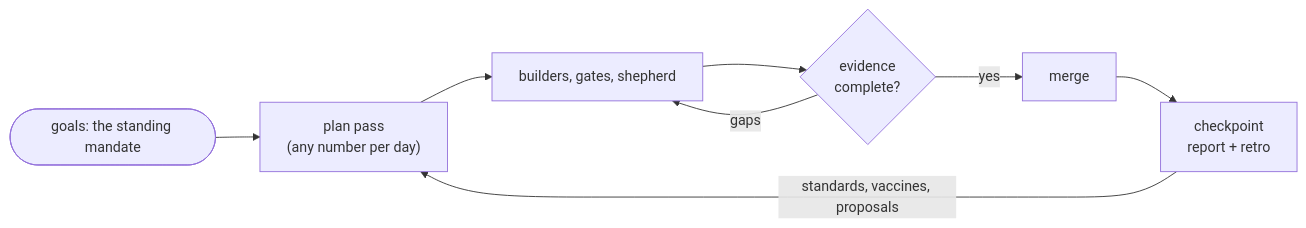
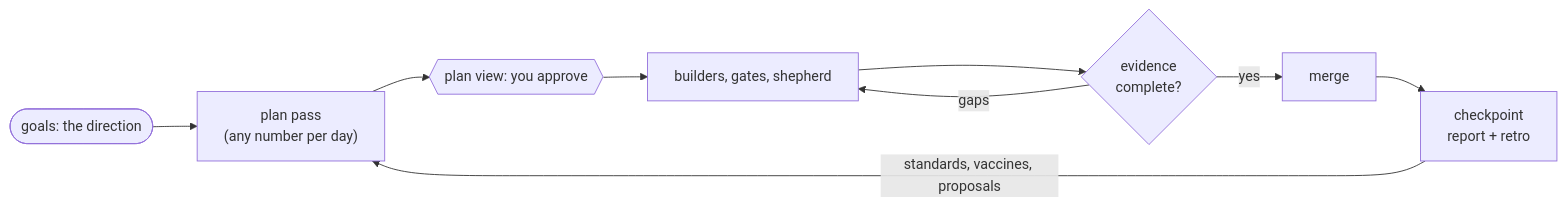
The diagram in docs/site/concepts/the-day.md (taoq-ai/wuwei), drawn with Mermaid before and after one commit. The commit also changed other lines of this file and 36 other files, not shown here.

First line of the commit message:
fix: upgrade a 0.34 workspace in place, and the plan view to approve (rc.2)

````diff
--- a/docs/site/concepts/the-day.md
+++ b/docs/site/concepts/the-day.md
@@ -3,10 +3,12 @@
 ```mermaid
 flowchart LR
-    goals([goals: the standing mandate]) --> pass
-    pass["plan pass<br/>(any number per day)"] --> work["builders, gates, shepherd"]
+    goals([goals: the direction]) --> pass
+    pass --> view{{"plan view: you approve"}}
+    pass["plan pass<br/>(any number per day)"]
+    view --> work["builders, gates, shepherd"]
     work --> evidence{"evidence<br/>complete?"}
     evidence -- gaps --> work
     evidence -- yes --> merge["merge"]
     merge --> checkpoint["checkpoint<br/>report + retro"]
     checkpoint -- "standards, vaccines, proposals" --> pass
 ```
````
